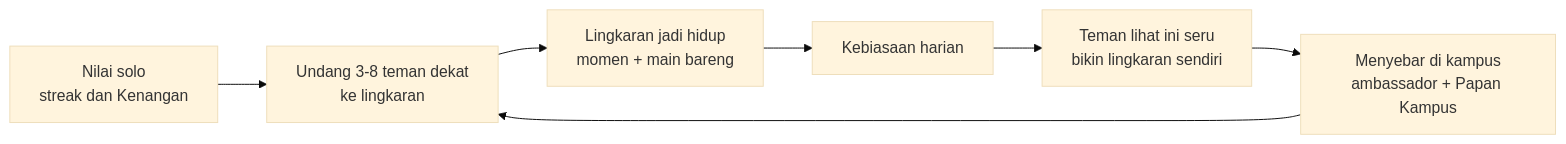
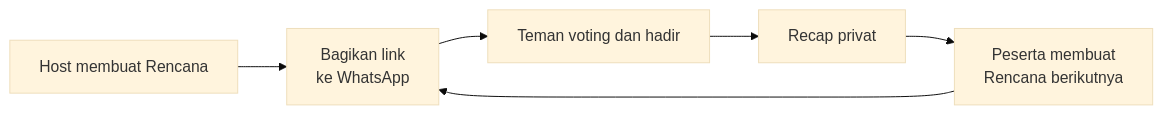
The third of 3 diagrams in concept/README.md (itsmhp/SocialMedia), drawn with Mermaid (base theme) before and after one commit. The commit also changed other lines of this file and 10 other files, not shown here.

````diff
--- a/concept/README.md
+++ b/concept/README.md
@@ -64,9 +69,8 @@
 ```mermaid
 flowchart LR
-    A[Nilai solo<br/>streak dan Kenangan] --> B[Undang 3-8 teman dekat<br/>ke lingkaran]
-    B --> C[Lingkaran jadi hidup<br/>momen + main bareng]
-    C --> D[Kebiasaan harian]
-    D --> E[Teman lihat ini seru<br/>bikin lingkaran sendiri]
-    E --> F[Menyebar di kampus<br/>ambassador + Papan Kampus]
-    F --> B
+    A[Host membuat Rencana] --> B[Bagikan link<br/>ke WhatsApp]
+    B --> C[Teman voting dan hadir]
+    C --> D[Recap privat]
+    D --> E[Peserta membuat<br/>Rencana berikutnya]
+    E --> B
 ```
````
